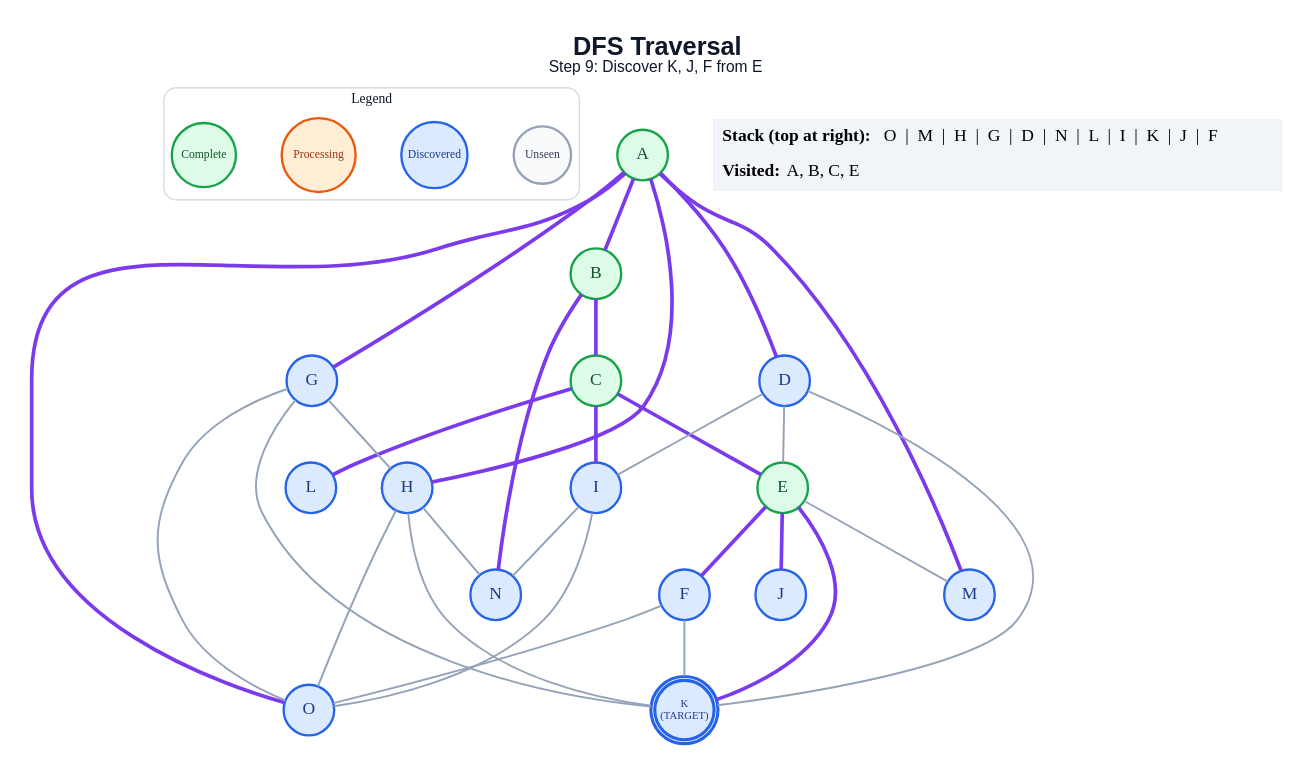
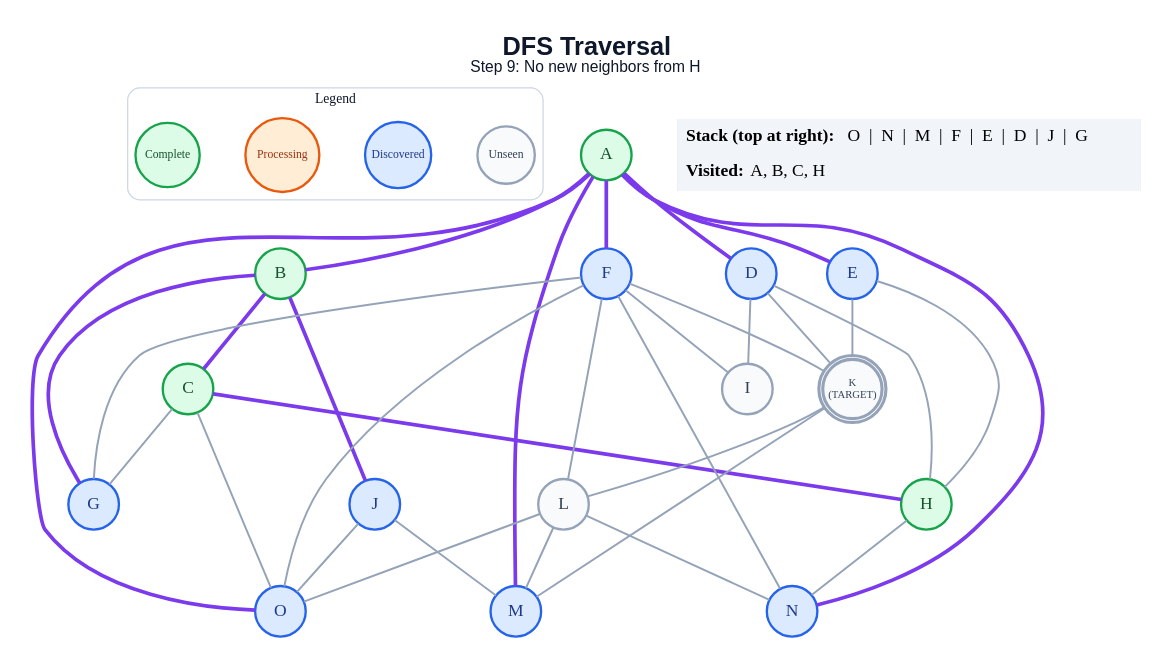
The diagram in generated/specific-node/dfs/step_09.dot (anon7238593-create/ai-slop), drawn with Graphviz before and after one commit. The commit also changed 260 other files, not shown here.

```diff
--- a/generated/specific-node/dfs/step_09.dot
+++ b/generated/specific-node/dfs/step_09.dot
@@ -1,62 +1,66 @@
 graph traversal {
   graph [layout=dot, rankdir=TB, bgcolor="#FFFFFF", pad="0.35", nodesep="0.65", ranksep="0.8", fontname="Arial"];
   node [shape=circle, style="filled", fontname="Arial Bold", fontsize=18, width=0.72, fixedsize=true, penwidth=2.4];
   edge [color="#94A3B8", penwidth=2.0];
-  label=<<B>DFS Traversal</B><BR/><FONT POINT-SIZE="16">Step 9: Discover K, J, F from E</FONT>>; labelloc="t"; fontsize=26; fontname="Arial"; fontcolor="#0F172A";
+  label=<<B>DFS Traversal</B><BR/><FONT POINT-SIZE="16">Step 9: No new neighbors from H</FONT>>; labelloc="t"; fontsize=26; fontname="Arial"; fontcolor="#0F172A";
   subgraph cluster_legend { label="Legend"; color="#CBD5E1"; penwidth=1.2; style="rounded"; fontsize=14; fontname="Arial Bold";
     key_unseen [label="Unseen", fillcolor="#F8FAFC", color="#94A3B8", fontcolor="#334155", fontsize=12, width=0.82];
     key_frontier [label="Discovered", fillcolor="#DBEAFE", color="#2563EB", fontcolor="#1E3A8A", fontsize=12, width=0.95];
     key_current [label="Processing", fillcolor="#FFEDD5", color="#EA580C", fontcolor="#9A3412", fontsize=12, width=1.05];
     key_done [label="Complete", fillcolor="#DCFCE7", color="#16A34A", fontcolor="#14532D", fontsize=12, width=0.92];
     { rank=same; key_unseen; key_frontier; key_current; key_done; }
   }
   A [label="A", fillcolor="#DCFCE7", color="#16A34A", fontcolor="#14532D", peripheries=1, penwidth=2.4];
   B [label="B", fillcolor="#DCFCE7", color="#16A34A", fontcolor="#14532D", peripheries=1, penwidth=2.4];
   C [label="C", fillcolor="#DCFCE7", color="#16A34A", fontcolor="#14532D", peripheries=1, penwidth=2.4];
   D [label="D", fillcolor="#DBEAFE", color="#2563EB", fontcolor="#1E3A8A", peripheries=1, penwidth=2.4];
-  E [label="E", fillcolor="#DCFCE7", color="#16A34A", fontcolor="#14532D", peripheries=1, penwidth=2.4];
+  E [label="E", fillcolor="#DBEAFE", color="#2563EB", fontcolor="#1E3A8A", peripheries=1, penwidth=2.4];
   F [label="F", fillcolor="#DBEAFE", color="#2563EB", fontcolor="#1E3A8A", peripheries=1, penwidth=2.4];
   G [label="G", fillcolor="#DBEAFE", color="#2563EB", fontcolor="#1E3A8A", peripheries=1, penwidth=2.4];
-  H [label="H", fillcolor="#DBEAFE", color="#2563EB", fontcolor="#1E3A8A", peripheries=1, penwidth=2.4];
-  I [label="I", fillcolor="#DBEAFE", color="#2563EB", fontcolor="#1E3A8A", peripheries=1, penwidth=2.4];
+  H [label="H", fillcolor="#DCFCE7", color="#16A34A", fontcolor="#14532D", peripheries=1, penwidth=2.4];
+  I [label="I", fillcolor="#F8FAFC", color="#94A3B8", fontcolor="#334155", peripheries=1, penwidth=2.4];
   J [label="J", fillcolor="#DBEAFE", color="#2563EB", fontcolor="#1E3A8A", peripheries=1, penwidth=2.4];
-  K [label="K\n(TARGET)", fillcolor="#DBEAFE", color="#2563EB", fontcolor="#1E3A8A", peripheries=2, penwidth=3.2, fontsize=11, width=0.85, height=0.85];
-  L [label="L", fillcolor="#DBEAFE", color="#2563EB", fontcolor="#1E3A8A", peripheries=1, penwidth=2.4];
+  K [label="K\n(TARGET)", fillcolor="#F8FAFC", color="#94A3B8", fontcolor="#334155", peripheries=2, penwidth=3.2, fontsize=11, width=0.85, height=0.85];
+  L [label="L", fillcolor="#F8FAFC", color="#94A3B8", fontcolor="#334155", peripheries=1, penwidth=2.4];
   M [label="M", fillcolor="#DBEAFE", color="#2563EB", fontcolor="#1E3A8A", peripheries=1, penwidth=2.4];
   N [label="N", fillcolor="#DBEAFE", color="#2563EB", fontcolor="#1E3A8A", peripheries=1, penwidth=2.4];
   O [label="O", fillcolor="#DBEAFE", color="#2563EB", fontcolor="#1E3A8A", peripheries=1, penwidth=2.4];
   A -- B [color="#7C3AED", penwidth=3.8];
   A -- D [color="#7C3AED", penwidth=3.8];
-  A -- G [color="#7C3AED", penwidth=3.8];
-  A -- H [color="#7C3AED", penwidth=3.8];
+  A -- E [color="#7C3AED", penwidth=3.8];
+  A -- F [color="#7C3AED", penwidth=3.8];
   A -- M [color="#7C3AED", penwidth=3.8];
+  A -- N [color="#7C3AED", penwidth=3.8];
   A -- O [color="#7C3AED", penwidth=3.8];
   B -- C [color="#7C3AED", penwidth=3.8];
-  B -- N [color="#7C3AED", penwidth=3.8];
-  C -- E [color="#7C3AED", penwidth=3.8];
-  C -- I [color="#7C3AED", penwidth=3.8];
-  C -- L [color="#7C3AED", penwidth=3.8];
-  D -- E;
+  B -- G [color="#7C3AED", penwidth=3.8];
+  B -- J [color="#7C3AED", penwidth=3.8];
+  C -- G;
+  C -- H [color="#7C3AED", penwidth=3.8];
+  C -- O;
+  D -- H;
   D -- I;
   D -- K;
-  E -- F [color="#7C3AED", penwidth=3.8];
-  E -- J [color="#7C3AED", penwidth=3.8];
-  E -- K [color="#7C3AED", penwidth=3.8];
-  E -- M;
+  E -- H;
+  E -- K;
+  F -- G;
+  F -- I;
   F -- K;
+  F -- L;
+  F -- N;
   F -- O;
-  G -- H;
-  G -- K;
-  G -- O;
-  H -- K;
   H -- N;
-  H -- O;
-  I -- N;
-  I -- O;
+  J -- M;
+  J -- O;
+  K -- L;
+  K -- M;
+  L -- M;
+  L -- N;
+  L -- O;
   status [shape=plain, fixedsize=false, width=0, height=0, margin=0, label=<
     <TABLE BORDER="0" CELLBORDER="0" CELLPADDING="7" BGCOLOR="#F1F5F9">
-      <TR><TD ALIGN="LEFT"><B>Stack (top at right):</B> O  |  M  |  H  |  G  |  D  |  N  |  L  |  I  |  K  |  J  |  F</TD></TR>
-      <TR><TD ALIGN="LEFT"><B>Visited:</B> A, B, C, E</TD></TR>
+      <TR><TD ALIGN="LEFT"><B>Stack (top at right):</B> O  |  N  |  M  |  F  |  E  |  D  |  J  |  G</TD></TR>
+      <TR><TD ALIGN="LEFT"><B>Visited:</B> A, B, C, H</TD></TR>
     </TABLE>
   >];
 }
```
